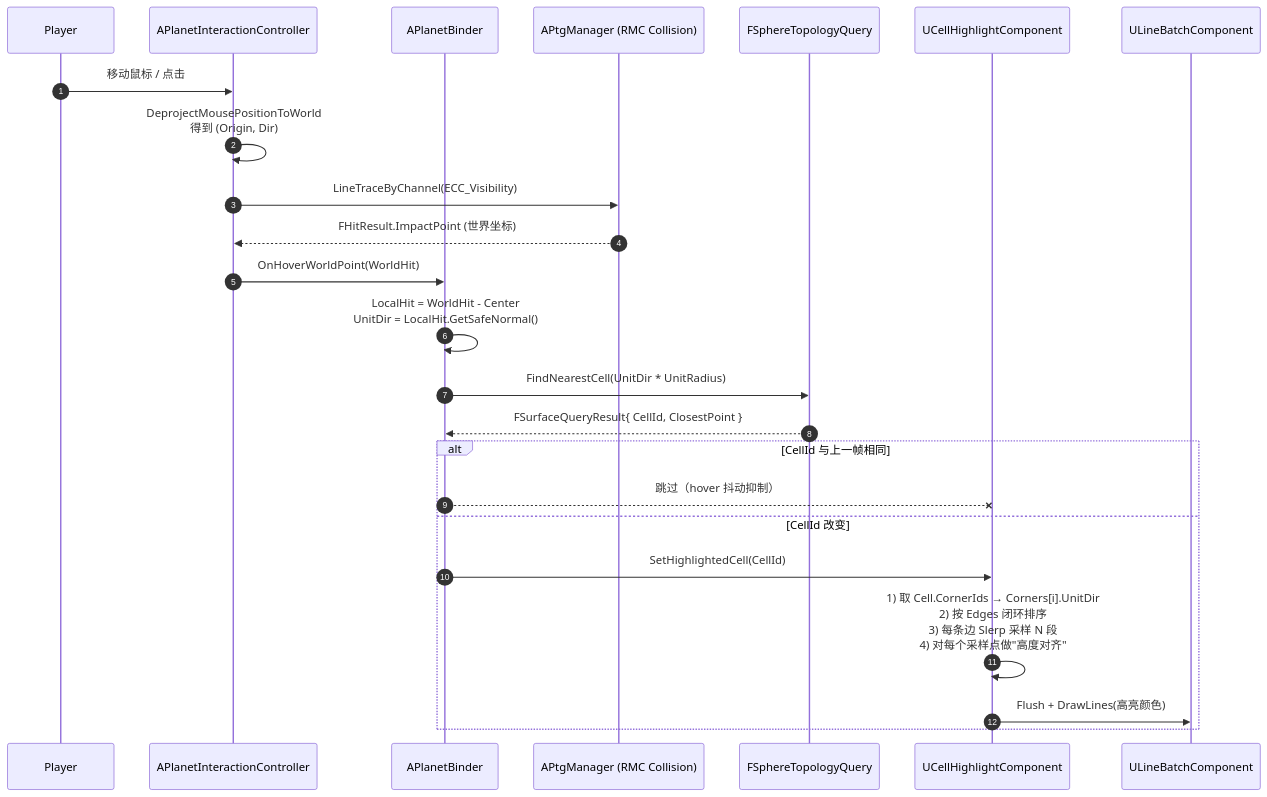
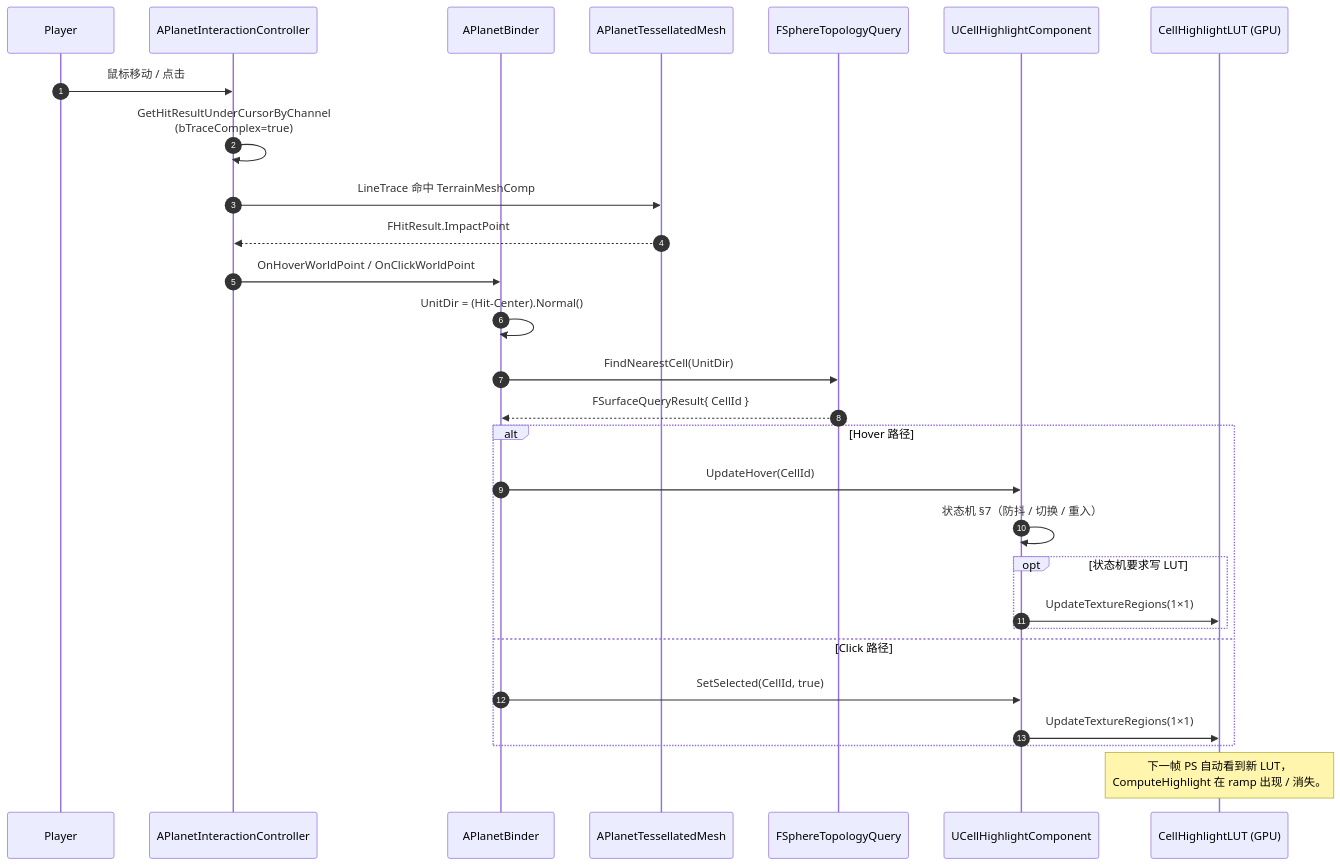
The second of 3 diagrams in Docs/HexHighlightInteractionPlan.md (tclks001/TerraCivilization), drawn with Mermaid before and after one commit. The commit also changed other lines of this file and 20 other files, not shown here.

````diff
--- a/Docs/HexHighlightInteractionPlan.md
+++ b/Docs/HexHighlightInteractionPlan.md
@@ -90,27 +103,33 @@
 ```mermaid
 sequenceDiagram
     autonumber
     participant Player
     participant PC as APlanetInteractionController
     participant Binder as APlanetBinder
-    participant PTG as APtgManager (RMC Collision)
+    participant Tess as APlanetTessellatedMesh
     participant Q as FSphereTopologyQuery
     participant HL as UCellHighlightComponent
-    participant LB as ULineBatchComponent
+    participant LUT as CellHighlightLUT (GPU)
 
-    Player->>PC: 移动鼠标 / 点击
-    PC->>PC: DeprojectMousePositionToWorld<br/>得到 (Origin, Dir)
-    PC->>PTG: LineTraceByChannel(ECC_Visibility)
-    PTG-->>PC: FHitResult.ImpactPoint (世界坐标)
-    PC->>Binder: OnHoverWorldPoint(WorldHit)
-    Binder->>Binder: LocalHit = WorldHit - Center<br/>UnitDir = LocalHit.GetSafeNormal()
-    Binder->>Q: FindNearestCell(UnitDir * UnitRadius)
-    Q-->>Binder: FSurfaceQueryResult{ CellId, ClosestPoint }
-    alt CellId 与上一帧相同
-        Binder--xHL: 跳过（hover 抖动抑制）
-    else CellId 改变
-        Binder->>HL: SetHighlightedCell(CellId)
-        HL->>HL: 1) 取 Cell.CornerIds → Corners[i].UnitDir<br/>2) 按 Edges 闭环排序<br/>3) 每条边 Slerp 采样 N 段<br/>4) 对每个采样点做"高度对齐"
-        HL->>LB: Flush + DrawLines(高亮颜色)
+    Player->>PC: 鼠标移动 / 点击
+    PC->>PC: GetHitResultUnderCursorByChannel<br/>(bTraceComplex=true)
+    PC->>Tess: LineTrace 命中 TerrainMeshComp
+    Tess-->>PC: FHitResult.ImpactPoint
+    PC->>Binder: OnHoverWorldPoint / OnClickWorldPoint
+    Binder->>Binder: UnitDir = (Hit-Center).Normal()
+    Binder->>Q: FindNearestCell(UnitDir)
+    Q-->>Binder: FSurfaceQueryResult{ CellId }
+
+    alt Hover 路径
+        Binder->>HL: UpdateHover(CellId)
+        HL->>HL: 状态机 §7（防抖 / 切换 / 重入）
+        opt 状态机要求写 LUT
+            HL->>LUT: UpdateTextureRegions(1×1)
+        end
+    else Click 路径
+        Binder->>HL: SetSelected(CellId, true)
+        HL->>LUT: UpdateTextureRegions(1×1)
     end
+
+    Note over LUT: 下一帧 PS 自动看到新 LUT，<br/>ComputeHighlight 在 ramp 出现 / 消失。
 ```
````
